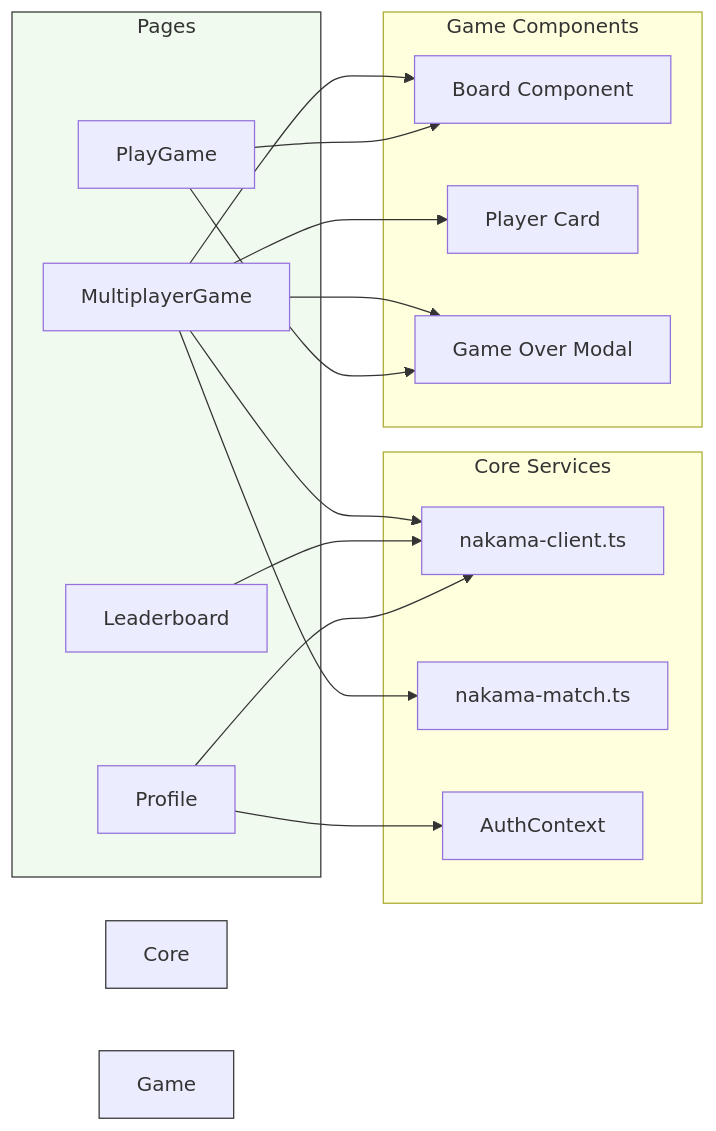
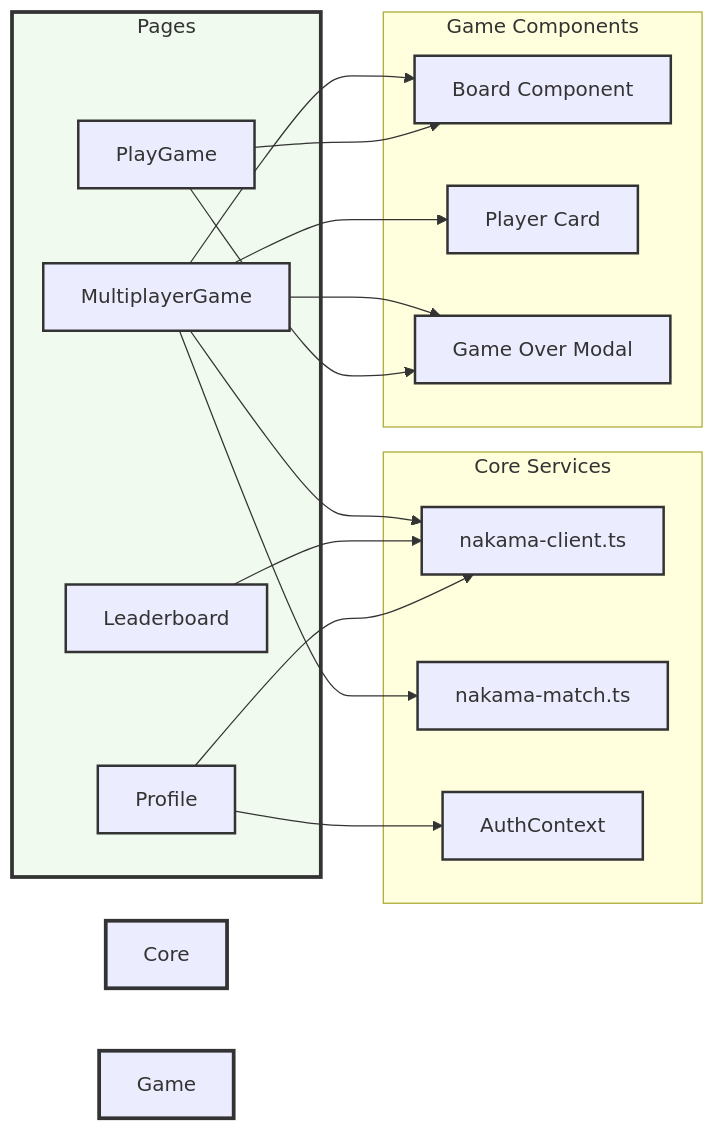
The second of 3 diagrams in README.md (OmkarTipugade/Tic-Tac-Toe), drawn with Mermaid before and after one commit. The commit also changed other lines of this file, not shown here.

First line of the commit message:
Enhance README with UI styling and diagram updates

````diff
--- a/README.md
+++ b/README.md
@@ -108,38 +132,51 @@
 ```mermaid
 graph LR
     subgraph "Core Services"
         NC[nakama-client.ts]
         MS[nakama-match.ts]
         AC[AuthContext]
     end
     
     subgraph "Game Components"
         Board[Board Component]
         PlayerCard[Player Card]
         GameOver[Game Over Modal]
     end
     
     subgraph "Pages"
         MP[MultiplayerGame]
         PG[PlayGame]
         LB[Leaderboard]
         PR[Profile]
     end
     
     MP --> MS
     MP --> NC
     MP --> Board
     MP --> PlayerCard
     MP --> GameOver
     
     PG --> Board
     PG --> GameOver
     
     LB --> NC
     PR --> NC
     PR --> AC
-    
-    style Core Services fill:#FFE66D,stroke:#333
-    style Game Components fill:#A8DADC,stroke:#333
-    style Pages fill:#F1FAEE,stroke:#333
+
+    %% ---- Styling ----
+    style NC stroke:#333,stroke-width:2px
+    style MS stroke:#333,stroke-width:2px
+    style AC stroke:#333,stroke-width:2px
+    style Board stroke:#333,stroke-width:2px
+    style PlayerCard stroke:#333,stroke-width:2px
+    style GameOver stroke:#333,stroke-width:2px
+    style MP stroke:#333,stroke-width:2px
+    style PG stroke:#333,stroke-width:2px
+    style LB stroke:#333,stroke-width:2px
+    style PR stroke:#333,stroke-width:2px
+
+    style Core Services fill:#FFE66D,stroke:#333,stroke-width:3px
+    style Game Components fill:#A8DADC,stroke:#333,stroke-width:3px
+    style Pages fill:#F1FAEE,stroke:#333,stroke-width:3px
+
 ```
````
